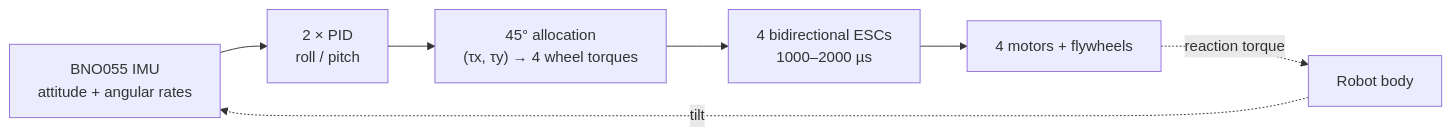
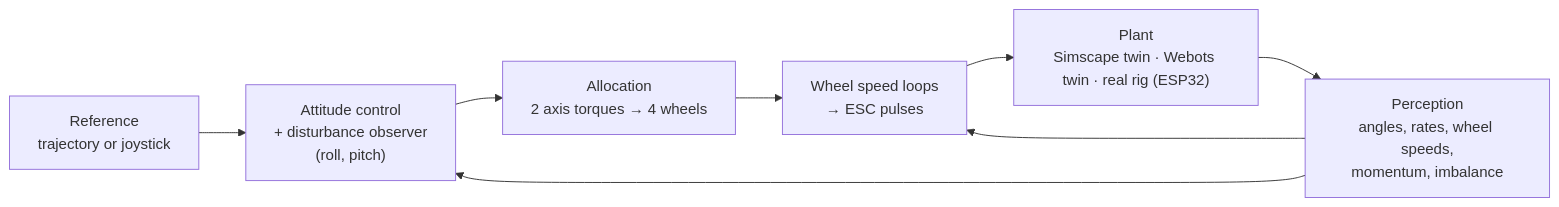
Before and after one commit to vigol2025/reaction-wheel-monowheel: the diagram in README.md, drawn with Mermaid. The commit also changed other lines of this file and 1 other file, not shown here.

First line of the commit message:
Documentation: README, indexes and timeline up to November 2026

````diff
--- a/README.md
+++ b/README.md
@@ -33,9 +45,10 @@
 ```mermaid
 flowchart LR
-    IMU["BNO055 IMU<br/>attitude + angular rates"] --> PID["2 × PID<br/>roll / pitch"]
-    PID --> MIX["45° allocation<br/>(τx, τy) → 4 wheel torques"]
-    MIX --> ESC["4 bidirectional ESCs<br/>1000–2000 µs"]
-    ESC --> W["4 motors + flywheels"]
-    W -.->|"reaction torque"| B["Robot body"]
-    B -.->|"tilt"| IMU
+    REF["Reference<br/>trajectory or joystick"] --> HL["Attitude control<br/>+ disturbance observer<br/>(roll, pitch)"]
+    HL --> MIX["Allocation<br/>2 axis torques → 4 wheels"]
+    MIX --> LL["Wheel speed loops<br/>→ ESC pulses"]
+    LL --> P["Plant<br/>Simscape twin · Webots twin · real rig (ESP32)"]
+    P --> PER["Perception<br/>angles, rates, wheel speeds,<br/>momentum, imbalance"]
+    PER --> HL
+    PER --> LL
 ```
````
